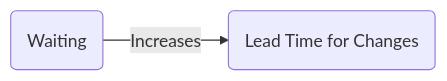
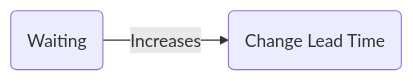
Before and after one commit to matthew-shaw/matthew-shaw.github.io: the fourth of 10 diagrams in docs/blog/posts/modern-software-delivery.md, drawn with Mermaid. The commit also changed other lines of this file, not shown here.

````diff
--- a/docs/blog/posts/modern-software-delivery.md
+++ b/docs/blog/posts/modern-software-delivery.md
@@ -136,5 +136,5 @@
 ```mermaid
 flowchart LR
     waiting(Waiting) -- Increases -->
-    LTC(Lead Time for Changes)
+    LTC(Change Lead Time)
 ```
````
